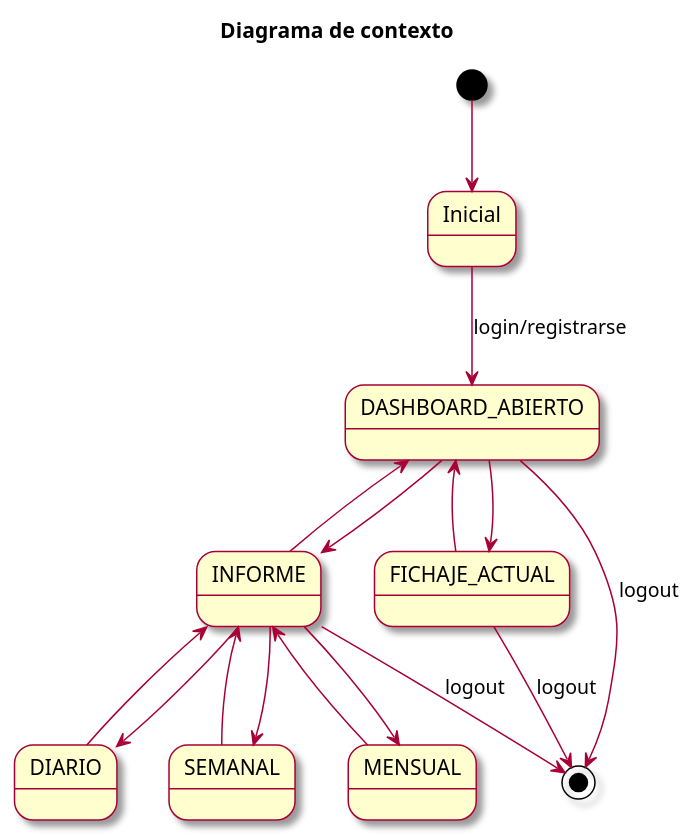
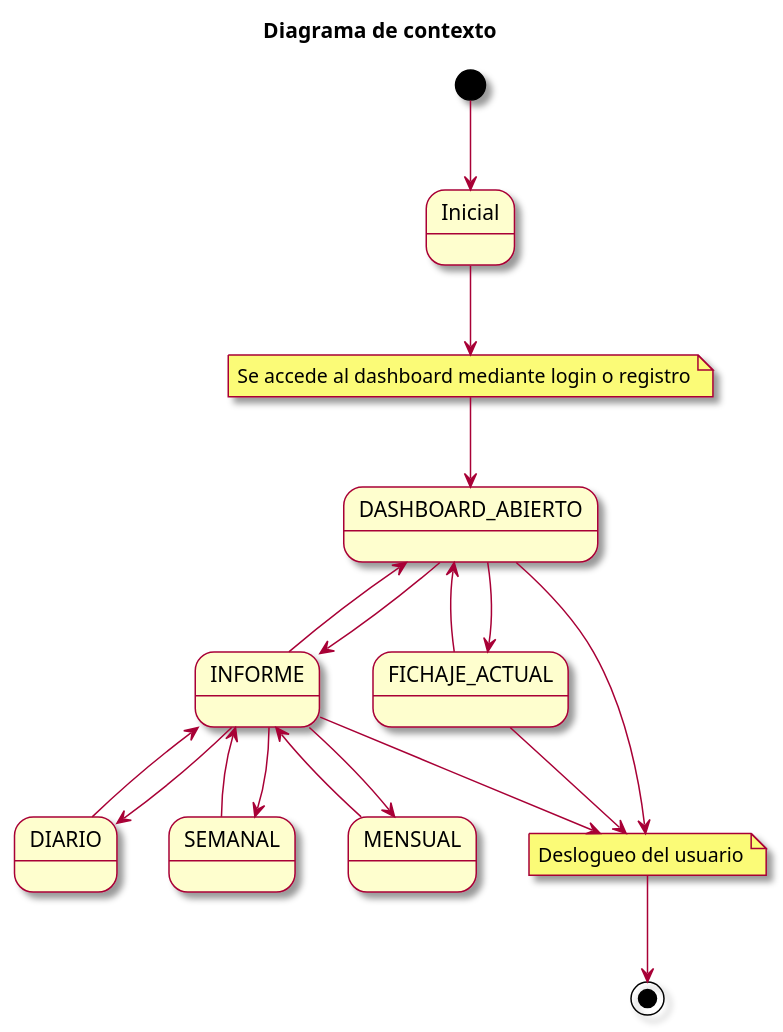
Before and after one commit to mmasias/23-24-IdSw1-SDR: the diagram in modelosUML/casosDeUso/diagramaContexto.puml, drawn with PlantUML. The commit also changed 13 other files, not shown here.

Commit message:
modify-README-files-and-diagrams-and-prototipe-images

```diff
--- a/modelosUML/casosDeUso/diagramaContexto.puml
+++ b/modelosUML/casosDeUso/diagramaContexto.puml
@@ -1,28 +1,33 @@
 @startuml Diagrama Contexto
 
 skin rose
 title Diagrama de contexto
 
 [*] -->  Inicial
 
-Inicial -d-> DASHBOARD_ABIERTO : login/registrarse
+note "Se accede al dashboard mediante login o registro" as N1
+Inicial --> N1
+N1 -down-> DASHBOARD_ABIERTO
 
 DASHBOARD_ABIERTO --> FICHAJE_ACTUAL
 DASHBOARD_ABIERTO --> INFORME
 
 DASHBOARD_ABIERTO <-- FICHAJE_ACTUAL
 DASHBOARD_ABIERTO <-- INFORME
-
 INFORME --> DIARIO
 INFORME --> SEMANAL
 INFORME --> MENSUAL
 
 INFORME <-- DIARIO
 INFORME <-- SEMANAL
 INFORME <-- MENSUAL
 
-DASHBOARD_ABIERTO --> [*] : logout
-FICHAJE_ACTUAL --> [*] : logout
-INFORME --> [*] : logout
+note "Deslogueo del usuario" as N2
+
+DASHBOARD_ABIERTO --> N2
+FICHAJE_ACTUAL --> N2
+INFORME --> N2
+
+N2 --> [*]
 
 @enduml
```
